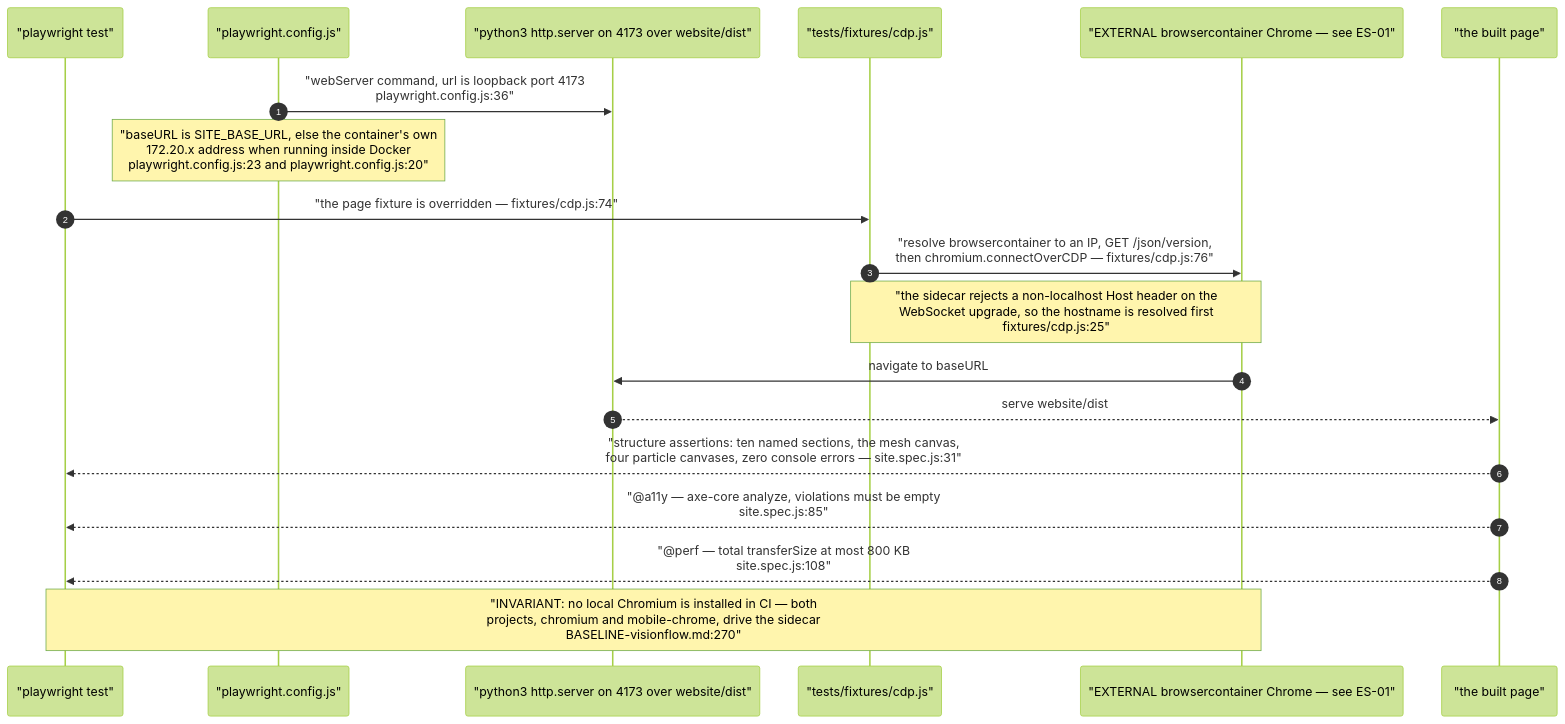
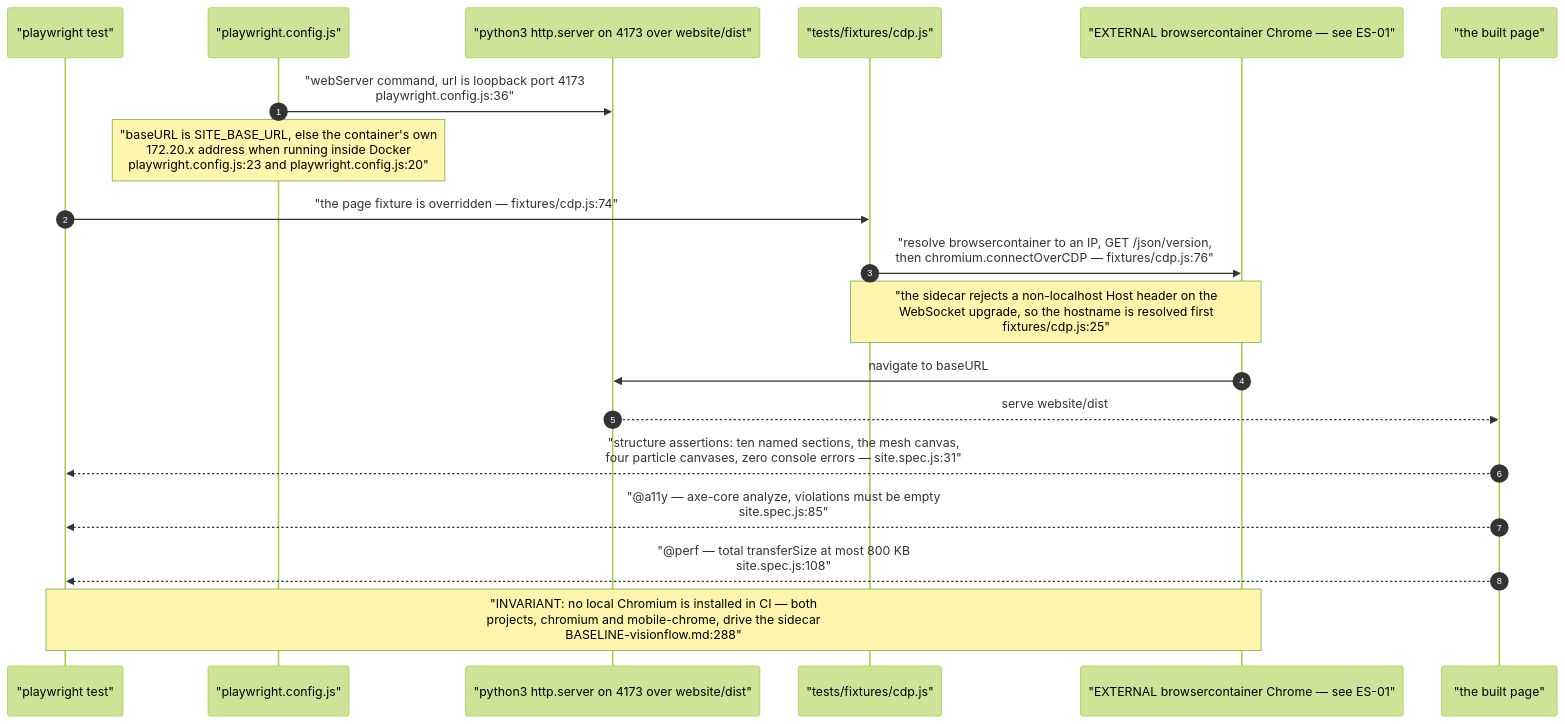
The tenth of 12 diagrams in docs/diagrams/visionflow/02-website-build-and-deploy.md (DreamLab-AI/VisionFlow), drawn with Mermaid (forest theme) before and after one commit. The commit also changed other lines of this file and 94 other files, not shown here.

First line of the commit message:
docs(diagrams): re-verify 130 topics against 2 October HEADs

````diff
--- a/docs/diagrams/visionflow/02-website-build-and-deploy.md
+++ b/docs/diagrams/visionflow/02-website-build-and-deploy.md
@@ -290,22 +295,22 @@
 ```mermaid
 sequenceDiagram
     autonumber
     participant T as "playwright test"
     participant C as "playwright.config.js"
     participant WS as "python3 http.server on 4173 over website/dist"
     participant FX as "tests/fixtures/cdp.js"
     participant CH as "EXTERNAL browsercontainer Chrome — see ES-01"
     participant P as "the built page"
 
     C->>WS: "webServer command, url is loopback port 4173<br/>playwright.config.js:36"
     Note over C: "baseURL is SITE_BASE_URL, else the container's own<br/>172.20.x address when running inside Docker<br/>playwright.config.js:23 and playwright.config.js:20"
     T->>FX: "the page fixture is overridden — fixtures/cdp.js:74"
     FX->>CH: "resolve browsercontainer to an IP, GET /json/version,<br/>then chromium.connectOverCDP — fixtures/cdp.js:76"
     Note over FX,CH: "the sidecar rejects a non-localhost Host header on the<br/>WebSocket upgrade, so the hostname is resolved first<br/>fixtures/cdp.js:25"
     CH->>WS: navigate to baseURL
     WS-->>P: serve website/dist
     P-->>T: "structure assertions: ten named sections, the mesh canvas,<br/>four particle canvases, zero console errors — site.spec.js:31"
     P-->>T: "@a11y — axe-core analyze, violations must be empty<br/>site.spec.js:85"
     P-->>T: "@perf — total transferSize at most 800 KB<br/>site.spec.js:108"
-    Note over T,CH: "INVARIANT: no local Chromium is installed in CI — both<br/>projects, chromium and mobile-chrome, drive the sidecar<br/>BASELINE-visionflow.md:270"
+    Note over T,CH: "INVARIANT: no local Chromium is installed in CI — both<br/>projects, chromium and mobile-chrome, drive the sidecar<br/>BASELINE-visionflow.md:288"
 ```
````
